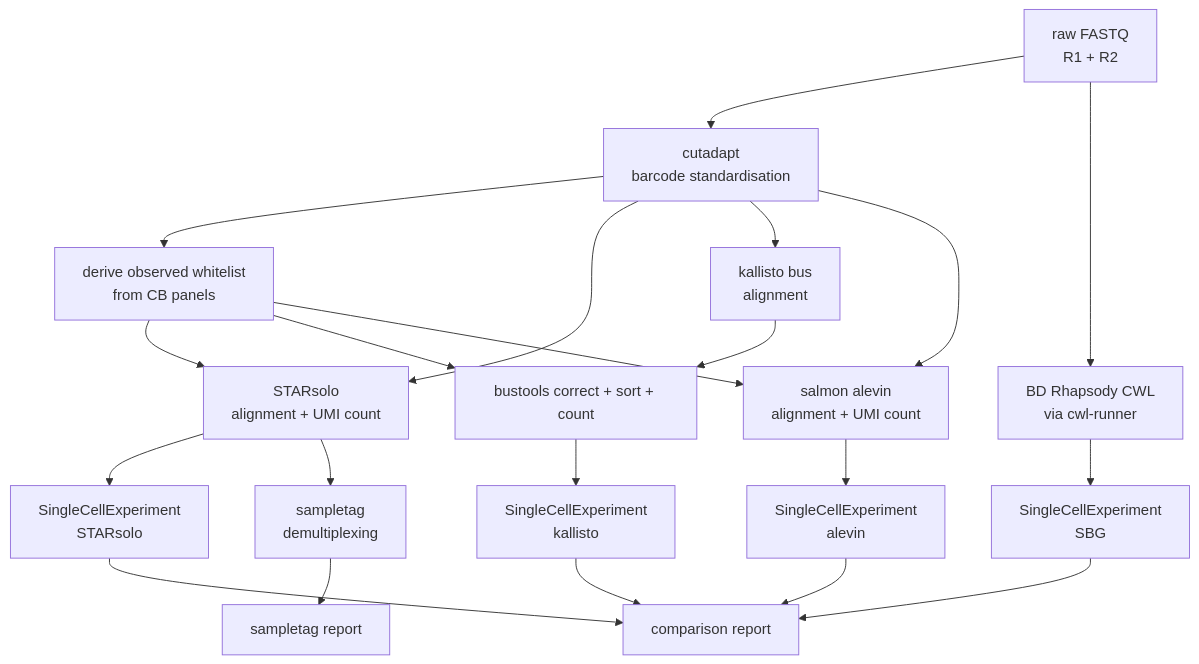
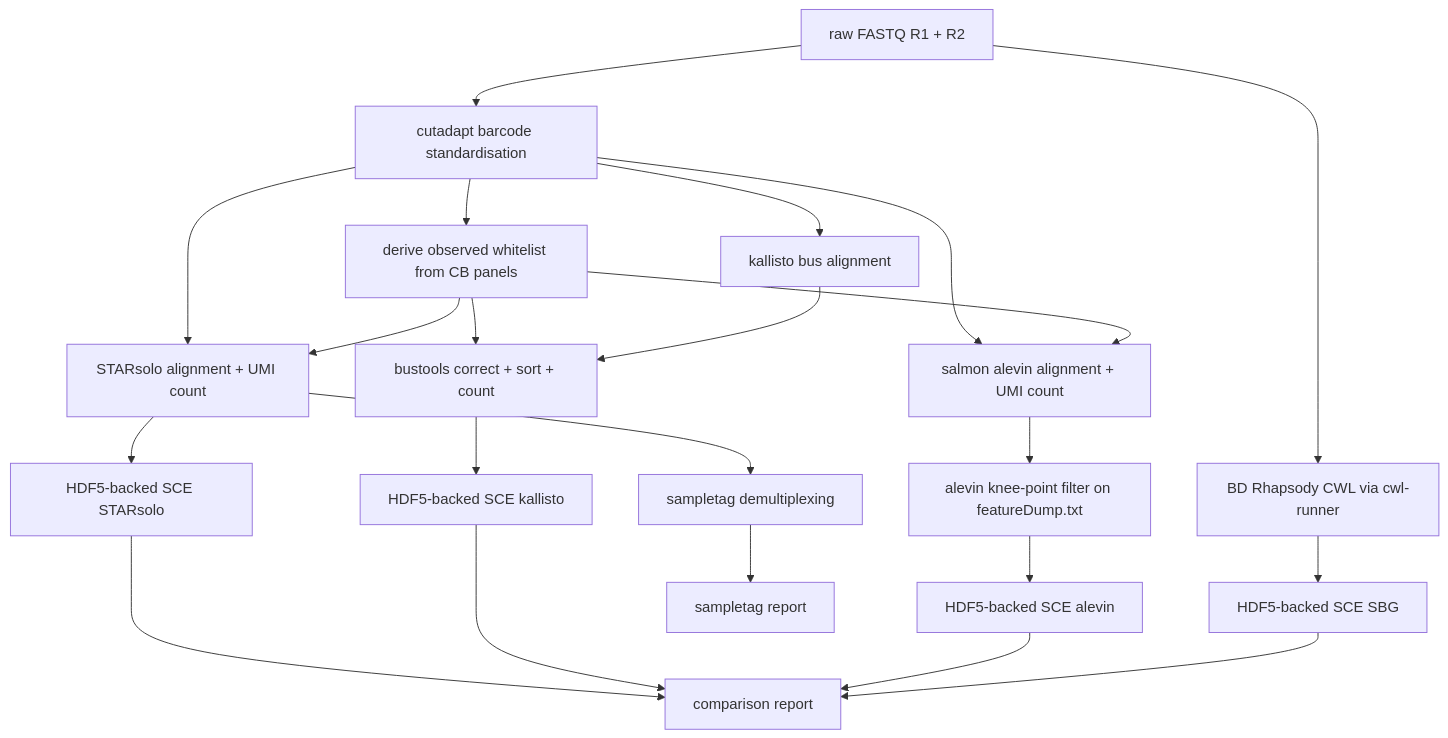
One commit to imallona/rhapsodist changed the diagram in README.md. Above: the diagram before and after it, drawn with Mermaid. The commit also changed other lines of this file and 8 other files, not shown here.

Commit message:
Performance updates (HD5, alevin filter)

````diff
--- a/README.md
+++ b/README.md
@@ -7,25 +7,26 @@
 ```mermaid
 flowchart TD
-    reads[raw FASTQ\nR1 + R2] --> cutadapt[cutadapt\nbarcode standardisation]
+    reads[raw FASTQ R1 + R2] --> cutadapt[cutadapt barcode standardisation]
 
-    cutadapt --> wl[derive observed whitelist\nfrom CB panels]
-    cutadapt --> starsolo[STARsolo\nalignment + UMI count]
-    cutadapt --> kallisto[kallisto bus\nalignment]
-    cutadapt --> alevin[salmon alevin\nalignment + UMI count]
-    reads --> sbg[BD Rhapsody CWL\nvia cwl-runner]
+    cutadapt --> wl[derive observed whitelist from CB panels]
+    cutadapt --> starsolo[STARsolo alignment + UMI count]
+    cutadapt --> kallisto[kallisto bus alignment]
+    cutadapt --> alevin[salmon alevin alignment + UMI count]
+    reads --> sbg[BD Rhapsody CWL via cwl-runner]
 
     wl --> starsolo
     wl --> bustools[bustools correct + sort + count]
     wl --> alevin
 
-    starsolo --> sce_star[SingleCellExperiment\nSTARsolo]
+    starsolo --> sce_star[HDF5-backed SCE STARsolo]
     kallisto --> bustools
-    bustools --> sce_kallisto[SingleCellExperiment\nkallisto]
-    alevin --> sce_alevin[SingleCellExperiment\nalevin]
-    sbg --> sce_sbg[SingleCellExperiment\nSBG]
+    bustools --> sce_kallisto[HDF5-backed SCE kallisto]
+    alevin --> knee[alevin knee-point filter on featureDump.txt]
+    knee --> sce_alevin[HDF5-backed SCE alevin]
+    sbg --> sce_sbg[HDF5-backed SCE SBG]
 
     sce_star & sce_kallisto & sce_alevin & sce_sbg --> report[comparison report]
 
-    starsolo --> sampletags[sampletag\ndemultiplexing]
+    starsolo --> sampletags[sampletag demultiplexing]
     sampletags --> st_report[sampletag report]
 ```
````
